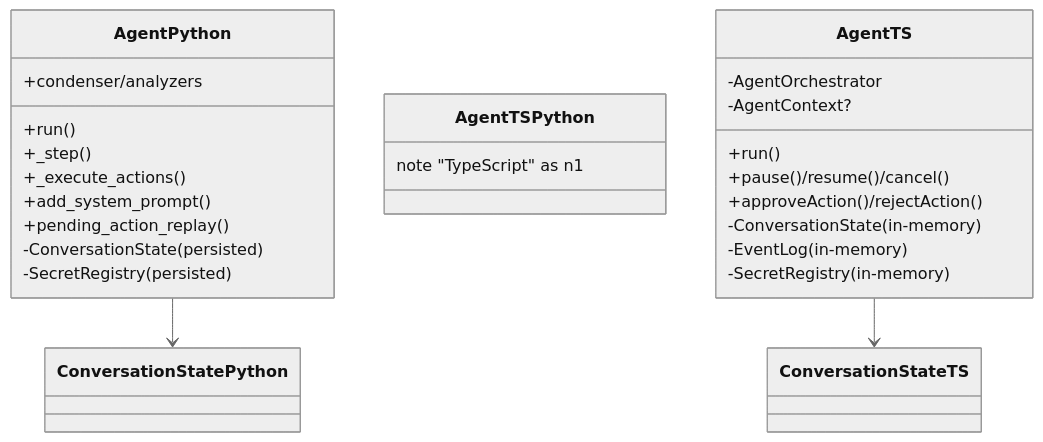
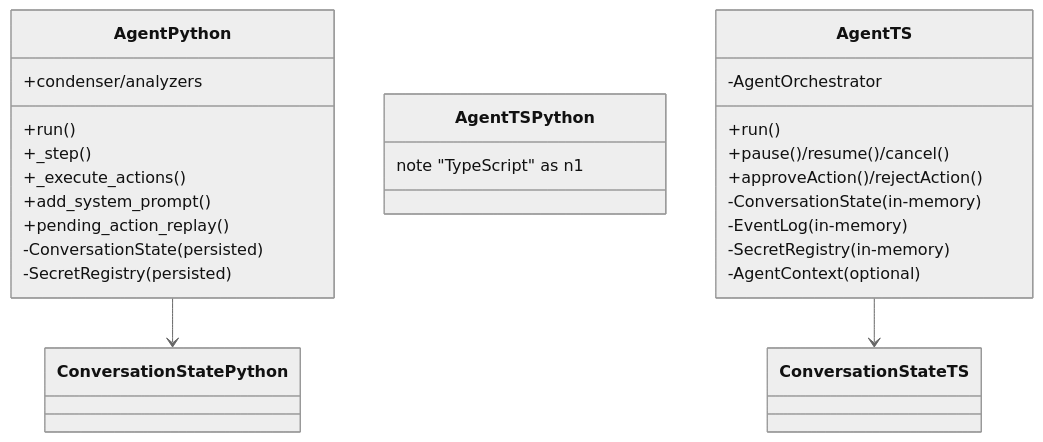
One commit to enyst/OpenHands-Tab changed the third of 5 diagrams in packages/agent-sdk-ts/docs/python-parity.md. Above: the diagram before and after it, drawn with Mermaid (neutral theme). The commit also changed other lines of this file, not shown here.

````diff
--- a/packages/agent-sdk-ts/docs/python-parity.md
+++ b/packages/agent-sdk-ts/docs/python-parity.md
@@ -298,28 +299,28 @@
 ```mermaid
 classDiagram
     class AgentPython {
       +run()
       +_step()
       +_execute_actions()
       +add_system_prompt()
       +condenser/analyzers
       +pending_action_replay()
       -ConversationState (persisted)
       -SecretRegistry (persisted)
     }
     class AgentTSPython {
       note "TypeScript" as n1
     }
     class AgentTS {
       +run()
       +pause()/resume()/cancel()
       +approveAction()/rejectAction()
       -AgentOrchestrator
       -ConversationState (in-memory)
       -EventLog (in-memory)
       -SecretRegistry (in-memory)
-      -AgentContext?
+      -AgentContext (optional)
     }
     AgentPython --> ConversationStatePython
     AgentTS --> ConversationStateTS
 ```
````
